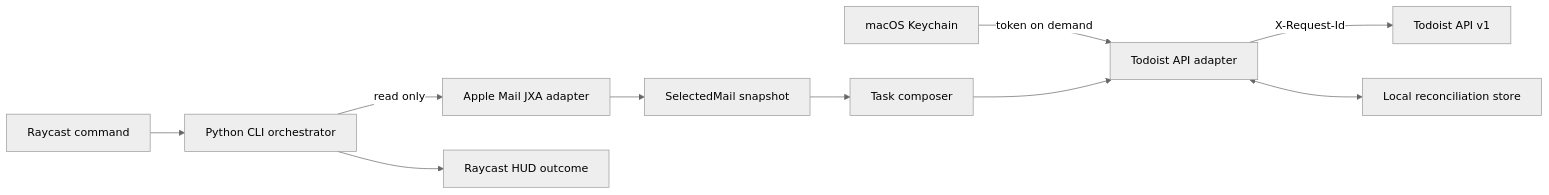
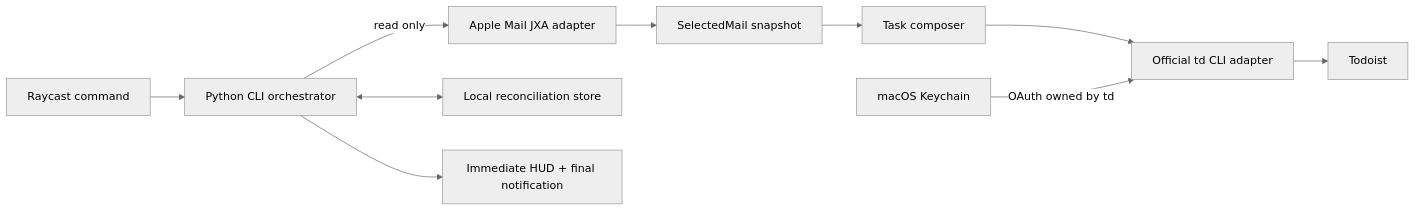
Before and after one commit to viggomeesters/apple-mail-todoist: the diagram in docs/architecture.md, drawn with Mermaid (neutral theme). The commit also changed other lines of this file and 57 other files, not shown here.

````diff
--- a/docs/architecture.md
+++ b/docs/architecture.md
@@ -7,12 +7,12 @@
 ```mermaid
 flowchart LR
     R[Raycast command] --> C[Python CLI orchestrator]
     C -->|read only| M[Apple Mail JXA adapter]
     M --> S[SelectedMail snapshot]
     S --> B[Task composer]
-    K[macOS Keychain] -->|token on demand| A[Todoist API adapter]
-    B --> A
-    A -->|X-Request-Id| T[Todoist API v1]
-    A <--> D[Local reconciliation store]
-    C --> H[Raycast HUD outcome]
+    B --> A[Official td CLI adapter]
+    K[macOS Keychain] -->|OAuth owned by td| A
+    A --> T[Todoist]
+    C <--> D[Local reconciliation store]
+    C --> H[Immediate HUD + final notification]
 ```
````
